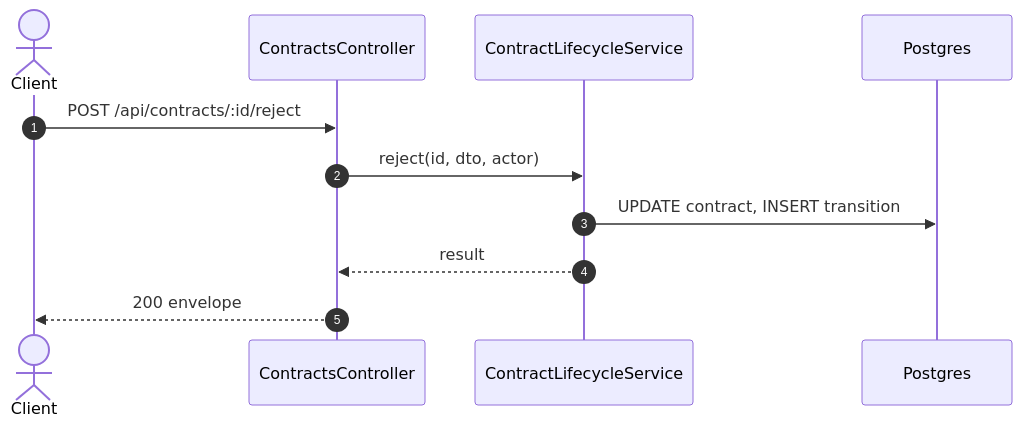
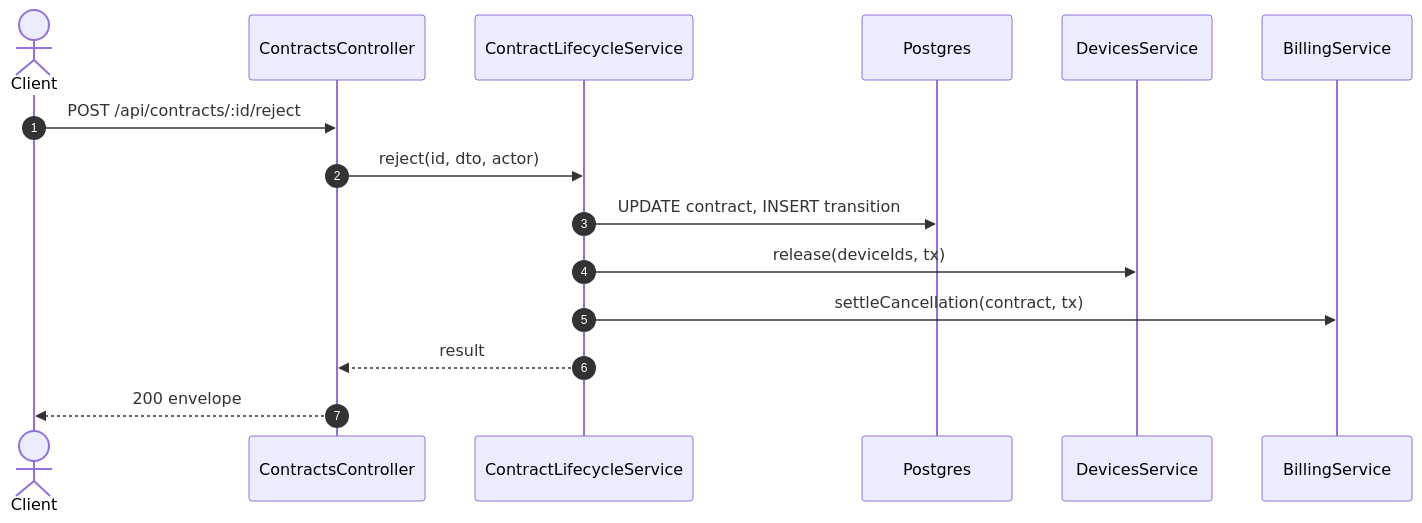
The second of 2 diagrams in specs/rentals/api-design/05-post-contracts-id-reject.md (TrekLink-Team/treklink-web), drawn with Mermaid before and after one commit. The commit also changed other lines of this file and 11 other files, not shown here.

````diff
--- a/specs/rentals/api-design/05-post-contracts-id-reject.md
+++ b/specs/rentals/api-design/05-post-contracts-id-reject.md
@@ -234,13 +243,17 @@
 ```mermaid
 sequenceDiagram
     autonumber
     actor C as Client
     participant Ctl as ContractsController
     participant Svc as ContractLifecycleService
     participant DB as Postgres
+    participant Dev as DevicesService
+    participant Bill as BillingService
     C->>Ctl: POST /api/contracts/:id/reject
     Ctl->>Svc: reject(id, dto, actor)
     Svc->>DB: UPDATE contract, INSERT transition
+    Svc->>Dev: release(deviceIds, tx)
+    Svc->>Bill: settleCancellation(contract, tx)
     Svc-->>Ctl: result
     Ctl-->>C: 200 envelope
 ```
````
